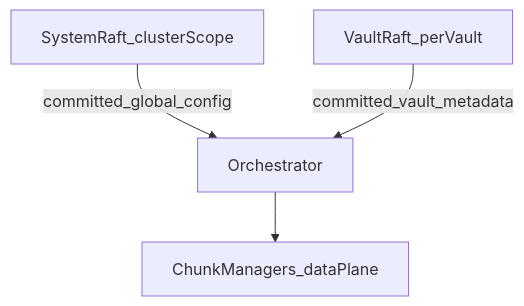
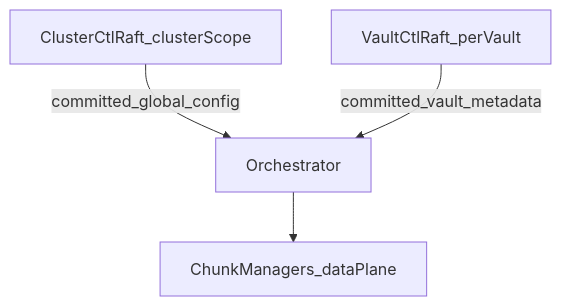
One commit to kluzzebass/gastrolog changed the first of 3 diagrams in docs/vault-control-plane-architecture.md. Above: the diagram before and after it, drawn with Mermaid. The commit also changed other lines of this file and 112 other files, not shown here.

````diff
--- a/docs/vault-control-plane-architecture.md
+++ b/docs/vault-control-plane-architecture.md
@@ -146,10 +139,10 @@
 ```mermaid
 flowchart TB
-  sysRaft[SystemRaft_clusterScope]
-  vaultRaft[VaultRaft_perVault]
+  clusterCtl[ClusterCtlRaft_clusterScope]
+  vaultCtl[VaultCtlRaft_perVault]
   orch[Orchestrator]
   chunkMgr[ChunkManagers_dataPlane]
-  sysRaft -->|"committed_global_config"| orch
-  vaultRaft -->|"committed_vault_metadata"| orch
+  clusterCtl -->|"committed_global_config"| orch
+  vaultCtl -->|"committed_vault_metadata"| orch
   orch --> chunkMgr
 ```
````
